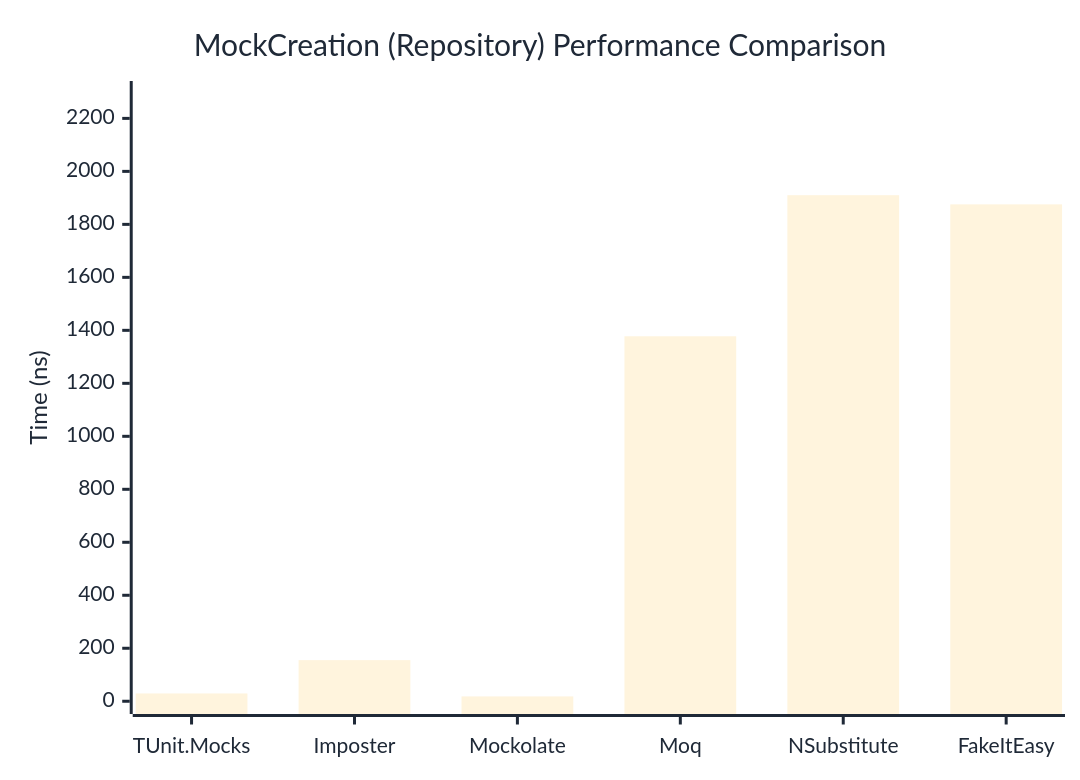
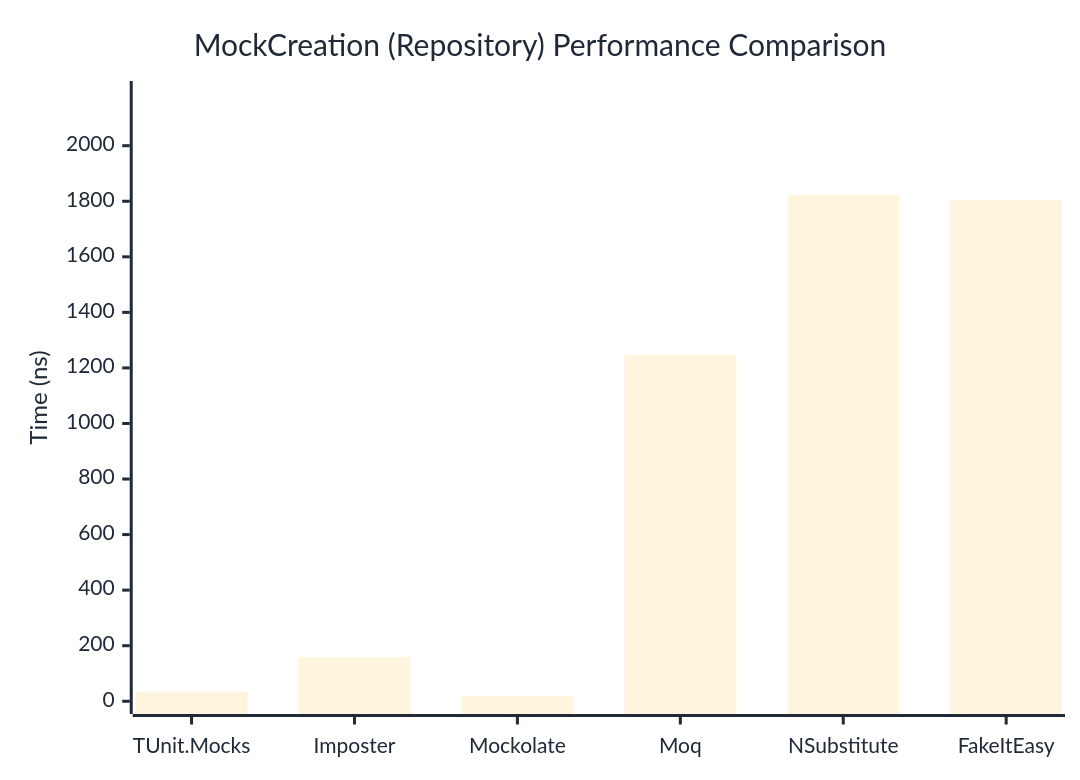
One commit to thomhurst/TUnit changed the second of 2 diagrams in docs/docs/benchmarks/mocks/MockCreation.md. Above: the diagram before and after it, drawn with Mermaid. The commit also changed other lines of this file and 14 other files, not shown here.

````diff
--- a/docs/docs/benchmarks/mocks/MockCreation.md
+++ b/docs/docs/benchmarks/mocks/MockCreation.md
@@ -71,27 +71,27 @@
 ```mermaid
 %%{init: {
   'theme':'base',
   'themeVariables': {
     'primaryColor': '#2563eb',
     'primaryTextColor': '#1f2937',
     'primaryBorderColor': '#1e40af',
     'lineColor': '#6b7280',
     'secondaryColor': '#7c3aed',
     'tertiaryColor': '#dc2626',
     'background': '#ffffff',
     'pie1': '#2563eb',
     'pie2': '#7c3aed',
     'pie3': '#dc2626',
     'pie4': '#f59e0b',
     'pie5': '#10b981',
     'pie6': '#06b6d4',
     'pie7': '#ec4899',
     'pie8': '#6366f1'
   }
 }}%%
 xychart-beta
   title "MockCreation (Repository) Performance Comparison"
   x-axis ["TUnit.Mocks", "Imposter", "Mockolate", "Moq", "NSubstitute", "FakeItEasy"]
-  y-axis "Time (ns)" 0 --> 2293
-  bar [29.48, 155.22, 18.27, 1377.57, 1910.17, 1875.47]
+  y-axis "Time (ns)" 0 --> 2187
+  bar [32.51, 159.75, 18.23, 1245.89, 1822.5, 1804.2]
 ```
````
